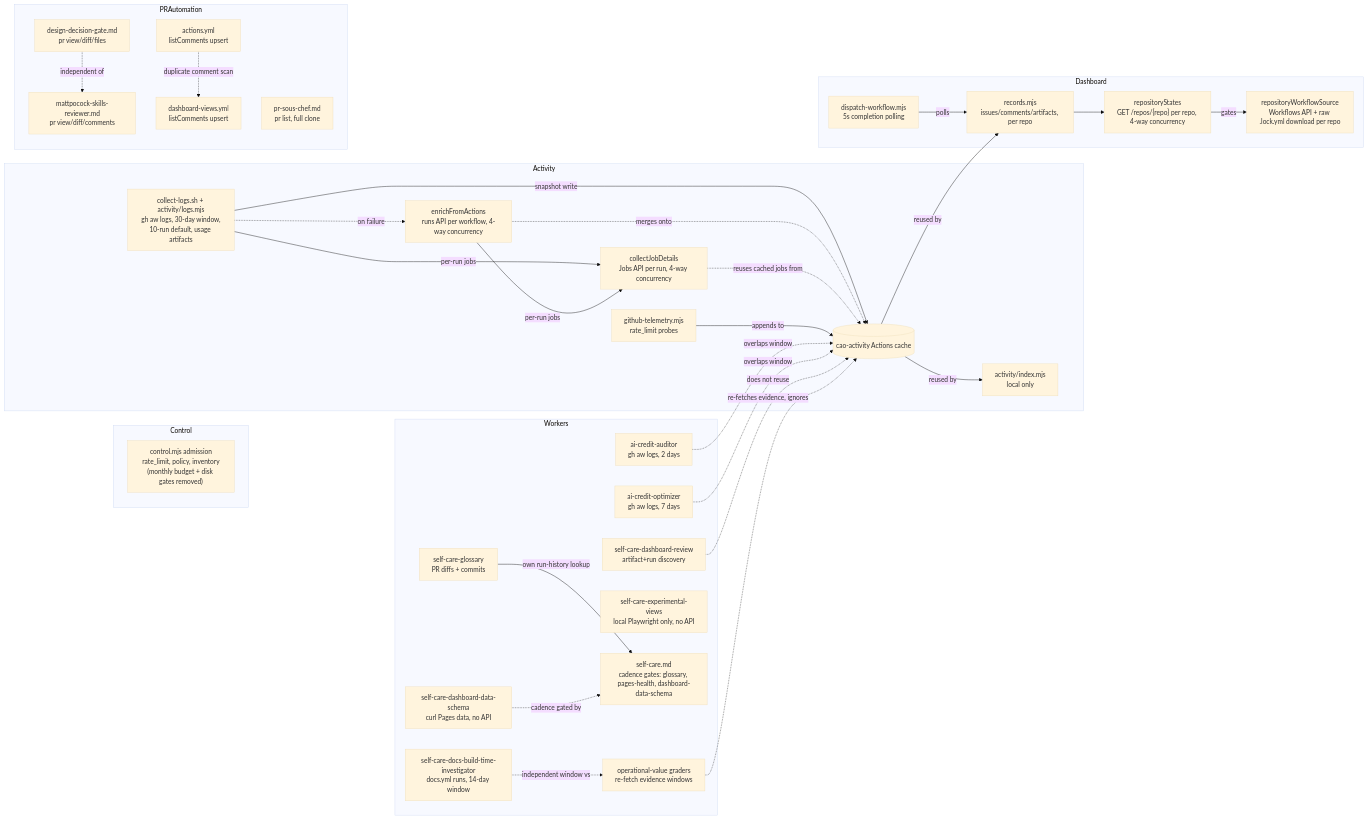
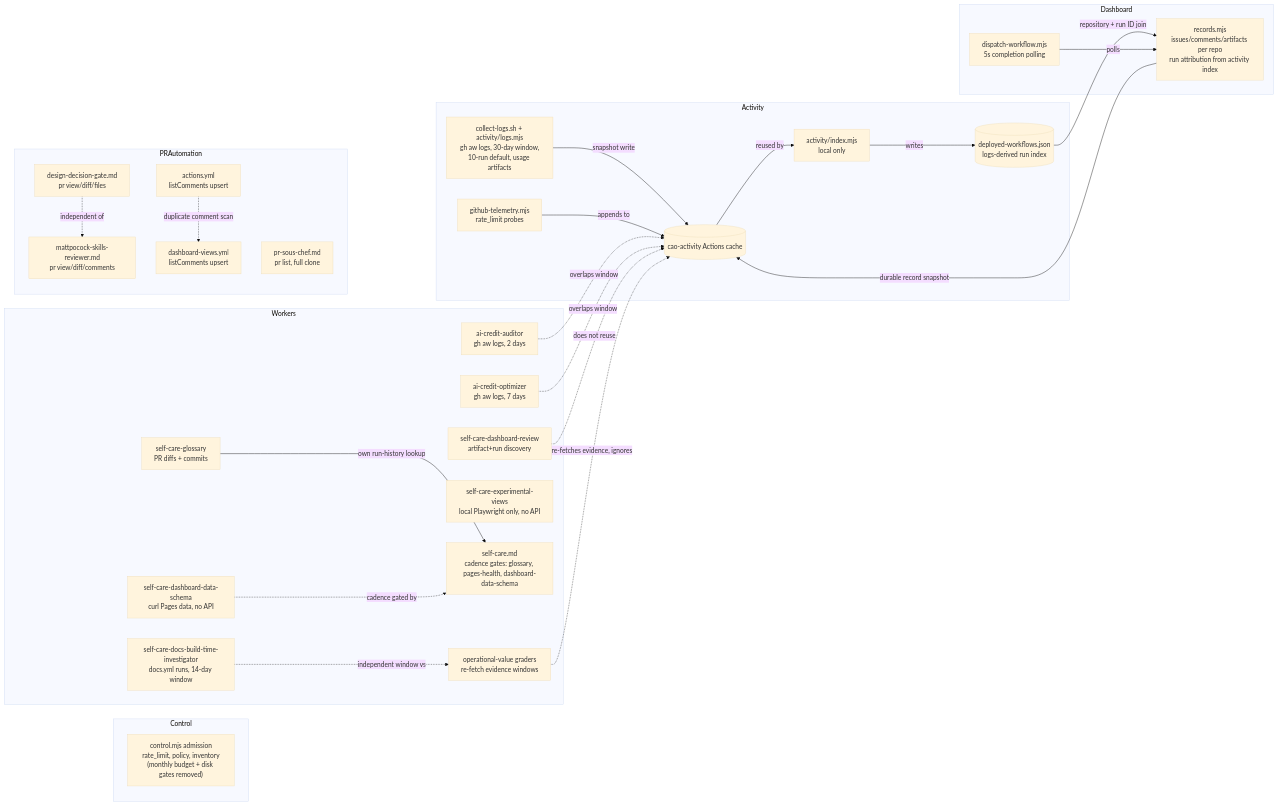
The diagram in specs/data-acquisition-audit.md (githubnext/gh-aw-cao), drawn with Mermaid (base theme) before and after one commit. The commit also changed other lines of this file and 13 other files, not shown here.

Commit message:
Remove duplicate activity API enrichment

````diff
--- a/specs/data-acquisition-audit.md
+++ b/specs/data-acquisition-audit.md
@@ -187,59 +192,51 @@
 ```mermaid
 flowchart LR
   subgraph Control
     control["control.mjs admission<br/>rate_limit, policy, inventory<br/>(monthly budget + disk gates removed)"]
   end
   subgraph Activity
     logsmjs["collect-logs.sh + activity/logs.mjs<br/>gh aw logs, 30-day window,<br/>10-run default, usage artifacts"]
-    fallback["enrichFromActions<br/>runs API per workflow, 4-way concurrency"]
-    jobsapi["collectJobDetails<br/>Jobs API per run, 4-way concurrency"]
     indexmjs["activity/index.mjs<br/>local only"]
+    runindex[("deployed-workflows.json<br/>logs-derived run index")]
     telemetry["github-telemetry.mjs<br/>rate_limit probes"]
     cache[("cao-activity Actions cache")]
   end
   subgraph Dashboard
-    records["records.mjs<br/>issues/comments/artifacts, per repo"]
-    repostate["repositoryStates<br/>GET /repos/{repo} per repo, 4-way concurrency"]
-    remotewf["repositoryWorkflowSource<br/>Workflows API + raw .lock.yml download per repo"]
+    records["records.mjs<br/>issues/comments/artifacts per repo<br/>run attribution from activity index"]
     dispatch["dispatch-workflow.mjs<br/>5s completion polling"]
   end
   subgraph Workers
     aicaud["ai-credit-auditor<br/>gh aw logs, 2 days"]
     aicopt["ai-credit-optimizer<br/>gh aw logs, 7 days"]
     reviewpf["self-care-dashboard-review<br/>artifact+run discovery"]
     glossary["self-care-glossary<br/>PR diffs + commits"]
     docsbt["self-care-docs-build-time-investigator<br/>docs.yml runs, 14-day window"]
     expviews["self-care-experimental-views<br/>local Playwright only, no API"]
     schemaworker["self-care-dashboard-data-schema<br/>curl Pages data, no API"]
     selfcare["self-care.md<br/>cadence gates: glossary, pages-health, dashboard-data-schema"]
     graders["operational-value graders<br/>re-fetch evidence windows"]
   end
   subgraph PRAutomation
     ddg["design-decision-gate.md<br/>pr view/diff/files"]
     mattpocock["mattpocock-skills-reviewer.md<br/>pr view/diff/comments"]
     soschef["pr-sous-chef.md<br/>pr list, full clone"]
     mobileci["actions.yml<br/>listComments upsert"]
     dashviews["dashboard-views.yml<br/>listComments upsert"]
   end
   logsmjs -->|snapshot write| cache
-  logsmjs -.->|on failure| fallback
-  fallback -.->|merges onto| cache
-  logsmjs -->|per-run jobs| jobsapi
-  fallback -->|per-run jobs| jobsapi
-  jobsapi -.->|reuses cached jobs from| cache
   cache -->|reused by| indexmjs
-  cache -->|reused by| records
+  indexmjs -->|writes| runindex
+  runindex -->|repository + run ID join| records
+  records -->|durable record snapshot| cache
   telemetry -->|appends to| cache
-  records --> repostate
-  repostate -->|gates| remotewf
   dispatch -->|polls| records
   aicaud -.->|overlaps window| cache
   aicopt -.->|overlaps window| cache
   reviewpf -.->|does not reuse| cache
   glossary -->|own run-history lookup| selfcare
   schemaworker -.->|cadence gated by| selfcare
   docsbt -.->|independent window vs| graders
   graders -.->|re-fetches evidence, ignores| cache
   ddg -.->|independent of| mattpocock
   mobileci -.->|duplicate comment scan| dashviews
 ```
````
